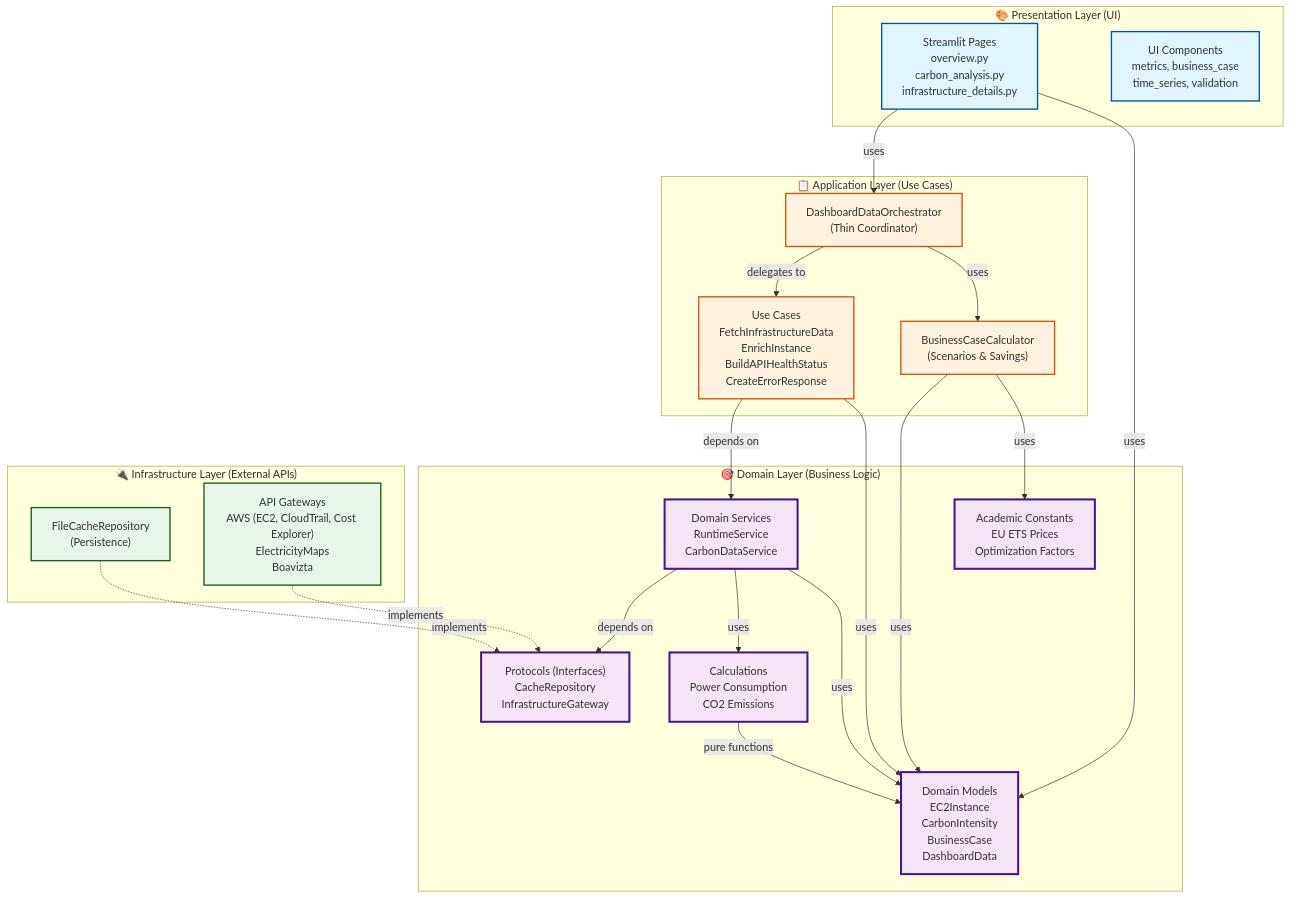
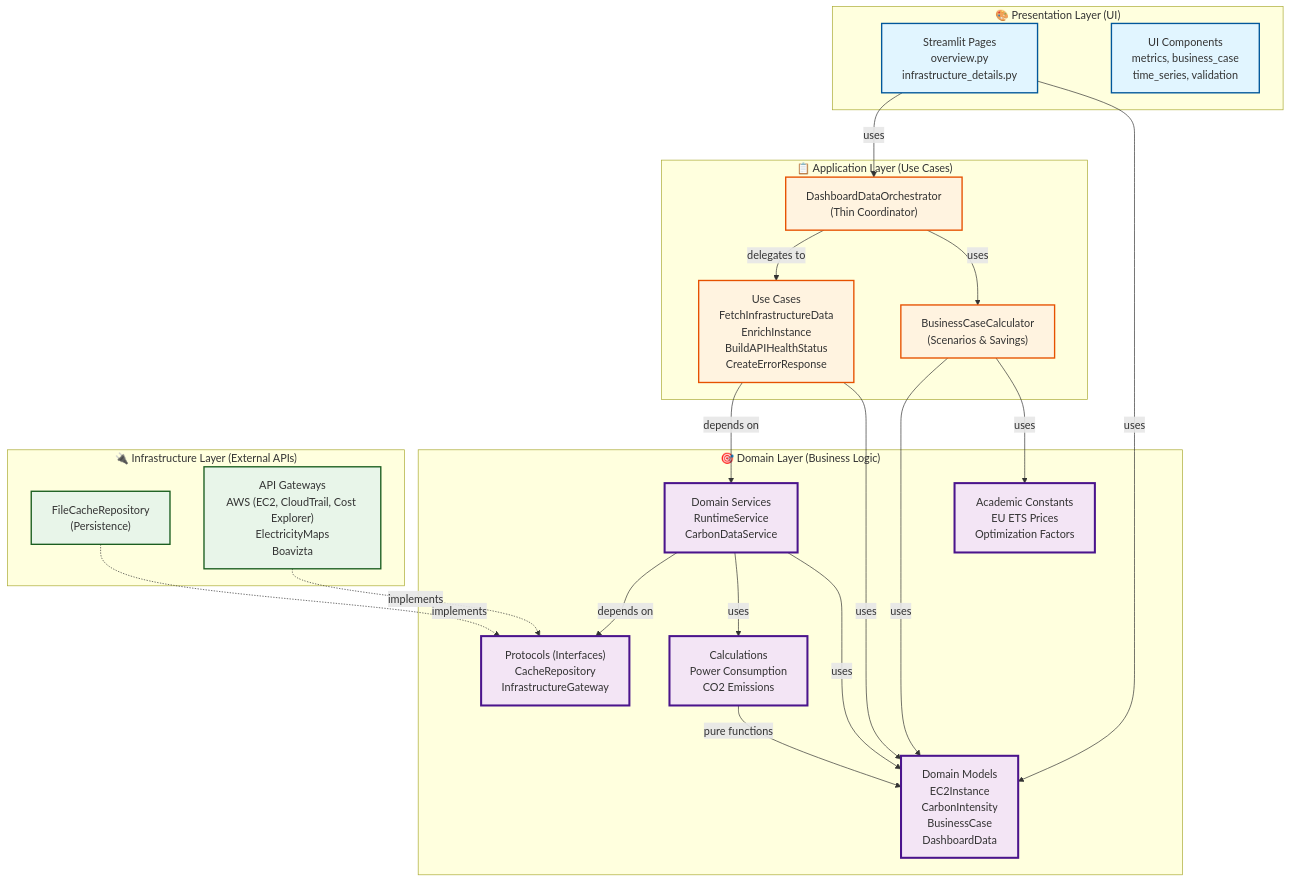
Before and after one commit to ChristopherKlein0802/CarbonAware_FinOps_Local: the diagram in docs/architecture/diagrams/clean-architecture-layers.md, drawn with Mermaid. The commit also changed 7 other files, not shown here.

````diff
--- a/docs/architecture/diagrams/clean-architecture-layers.md
+++ b/docs/architecture/diagrams/clean-architecture-layers.md
@@ -7,60 +7,60 @@
 ```mermaid
 graph TB
     subgraph Presentation["🎨 Presentation Layer (UI)"]
-        Pages["Streamlit Pages<br/>overview.py<br/>carbon_analysis.py<br/>infrastructure_details.py"]
+        Pages["Streamlit Pages<br/>overview.py<br/>infrastructure_details.py"]
         Components["UI Components<br/>metrics, business_case<br/>time_series, validation"]
     end
 
     subgraph Application["📋 Application Layer (Use Cases)"]
         Orchestrator["DashboardDataOrchestrator<br/>(Thin Coordinator)"]
         UseCases["Use Cases<br/>FetchInfrastructureData<br/>EnrichInstance<br/>BuildAPIHealthStatus<br/>CreateErrorResponse"]
         Calculator["BusinessCaseCalculator<br/>(Scenarios & Savings)"]
     end
 
     subgraph Domain["🎯 Domain Layer (Business Logic)"]
         Protocols["Protocols (Interfaces)<br/>CacheRepository<br/>InfrastructureGateway"]
         DomainServices["Domain Services<br/>RuntimeService<br/>CarbonDataService"]
         Models["Domain Models<br/>EC2Instance<br/>CarbonIntensity<br/>BusinessCase<br/>DashboardData"]
         Calculations["Calculations<br/>Power Consumption<br/>CO2 Emissions"]
         Constants["Academic Constants<br/>EU ETS Prices<br/>Optimization Factors"]
     end
 
     subgraph Infrastructure["🔌 Infrastructure Layer (External APIs)"]
         Cache["FileCacheRepository<br/>(Persistence)"]
         Gateways["API Gateways<br/>AWS (EC2, CloudTrail, Cost Explorer)<br/>ElectricityMaps<br/>Boavizta"]
     end
 
     %% Dependencies (following Clean Architecture rules)
     Pages -->|uses| Orchestrator
     Pages -->|uses| Models
 
     Orchestrator -->|delegates to| UseCases
     Orchestrator -->|uses| Calculator
 
     UseCases -->|depends on| DomainServices
     UseCases -->|uses| Models
 
     Calculator -->|uses| Models
     Calculator -->|uses| Constants
 
     DomainServices -->|depends on| Protocols
     DomainServices -->|uses| Calculations
     DomainServices -->|uses| Models
 
     Calculations -->|pure functions| Models
 
     %% Infrastructure implements protocols (Dependency Inversion)
     Cache -.->|implements| Protocols
     Gateways -.->|implements| Protocols
 
     %% Styling
     classDef presentation fill:#e1f5ff,stroke:#01579b,stroke-width:2px
     classDef application fill:#fff3e0,stroke:#e65100,stroke-width:2px
     classDef domain fill:#f3e5f5,stroke:#4a148c,stroke-width:3px
     classDef infrastructure fill:#e8f5e9,stroke:#1b5e20,stroke-width:2px
 
     class Pages,Components presentation
     class Orchestrator,UseCases,Calculator application
     class Protocols,DomainServices,Models,Calculations,Constants domain
     class Cache,Gateways infrastructure
 ```
````
